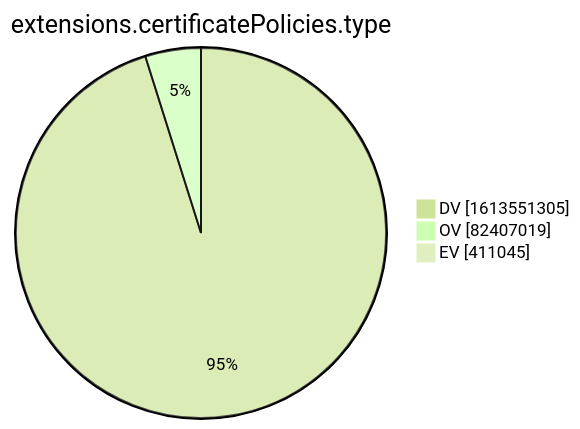
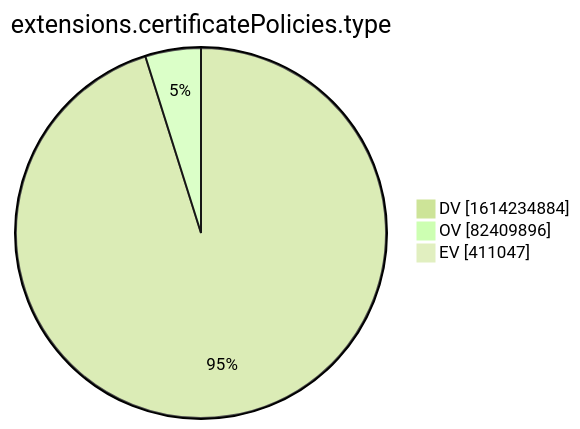
Before and after one commit to christiankrug/ctmonitor_visualization: the tenth of 15 diagrams in xenon2022/README.md, drawn with Mermaid (forest theme). The commit also changed other lines of this file, not shown here.

````diff
--- a/xenon2022/README.md
+++ b/xenon2022/README.md
@@ -2878,7 +2878,7 @@
 ```mermaid
 pie showData
 title extensions.certificatePolicies.type
-"DV" :1613551305
-"OV" :82407019
-"EV" :411045
+"DV" :1614234884
+"OV" :82409896
+"EV" :411047
 ```
````
